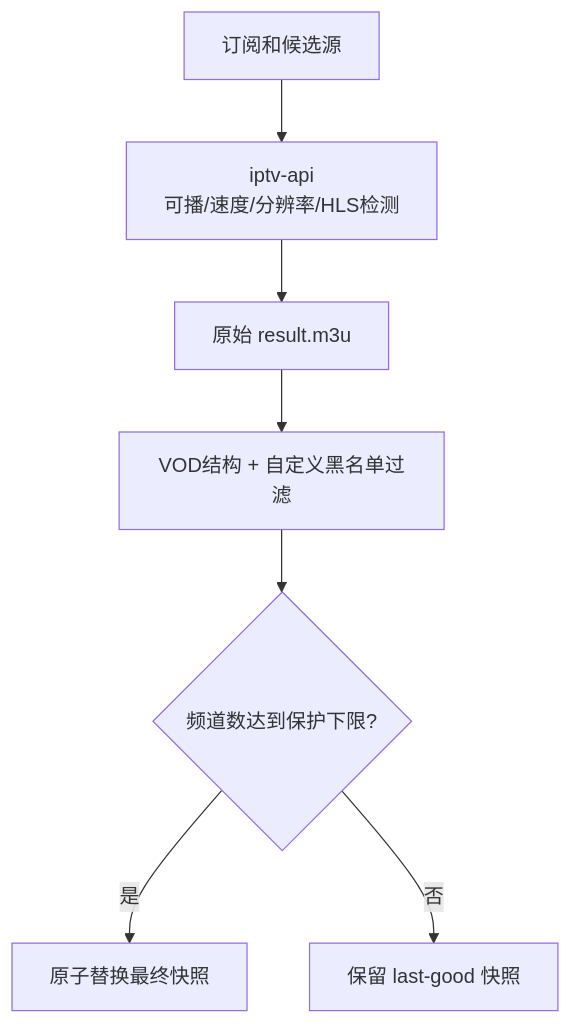
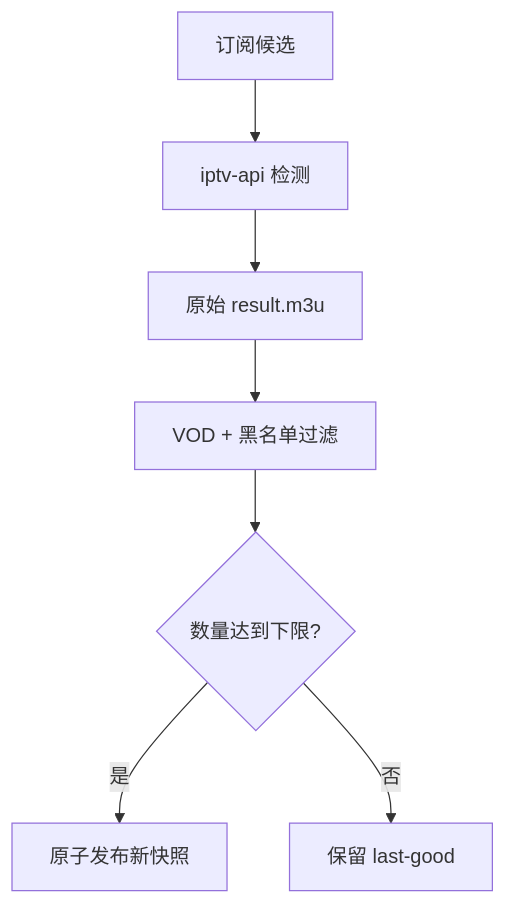
Before and after one commit to minshurui/livetv-server: the second of 2 diagrams in docs/architecture.md, drawn with Mermaid. The commit also changed other lines of this file and 6 other files, not shown here.

````diff
--- a/docs/architecture.md
+++ b/docs/architecture.md
@@ -55,9 +84,9 @@
 ```mermaid
 flowchart TD
-    A["订阅和候选源"] --> B["iptv-api\n可播/速度/分辨率/HLS检测"]
+    A["订阅候选"] --> B["iptv-api 检测"]
     B --> C["原始 result.m3u"]
-    C --> D["VOD结构 + 自定义黑名单过滤"]
-    D --> E{"频道数达到保护下限?"}
-    E -->|是| F["原子替换最终快照"]
-    E -->|否| G["保留 last-good 快照"]
+    C --> D["VOD + 黑名单过滤"]
+    D --> E{"数量达到下限?"}
+    E -->|是| F["原子发布新快照"]
+    E -->|否| G["保留 last-good"]
 ```
````
